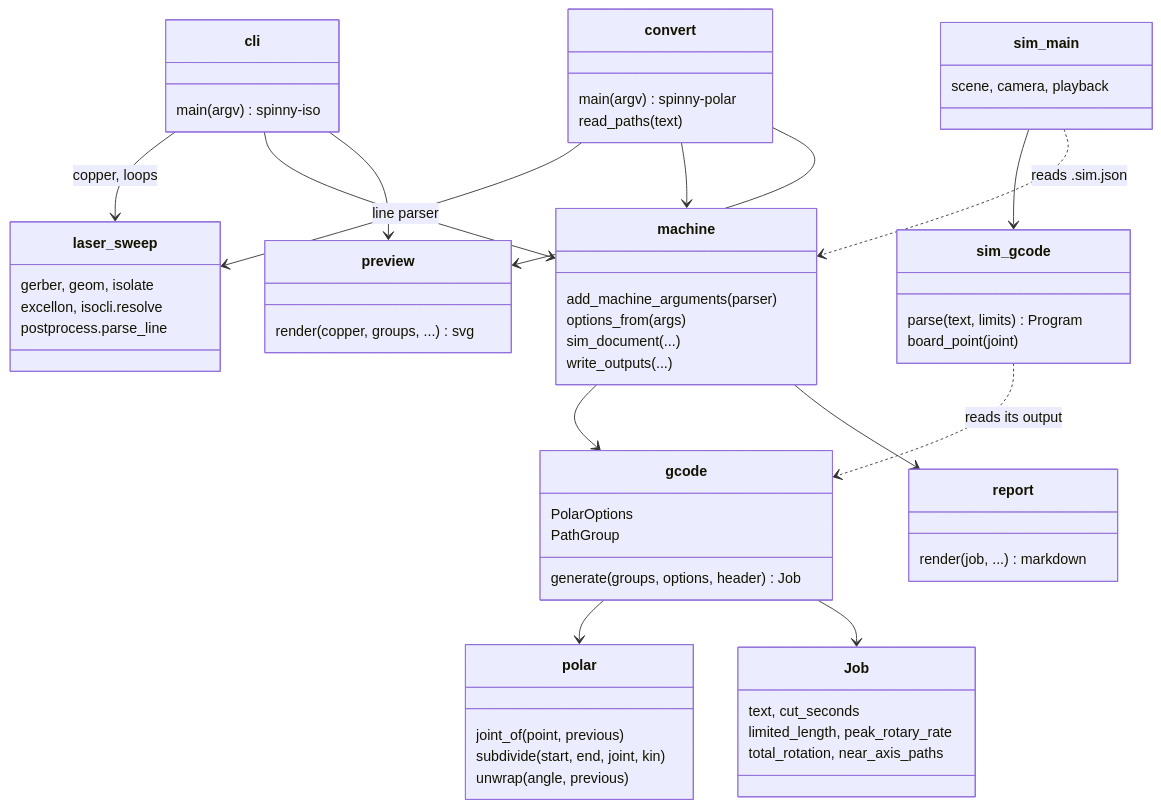
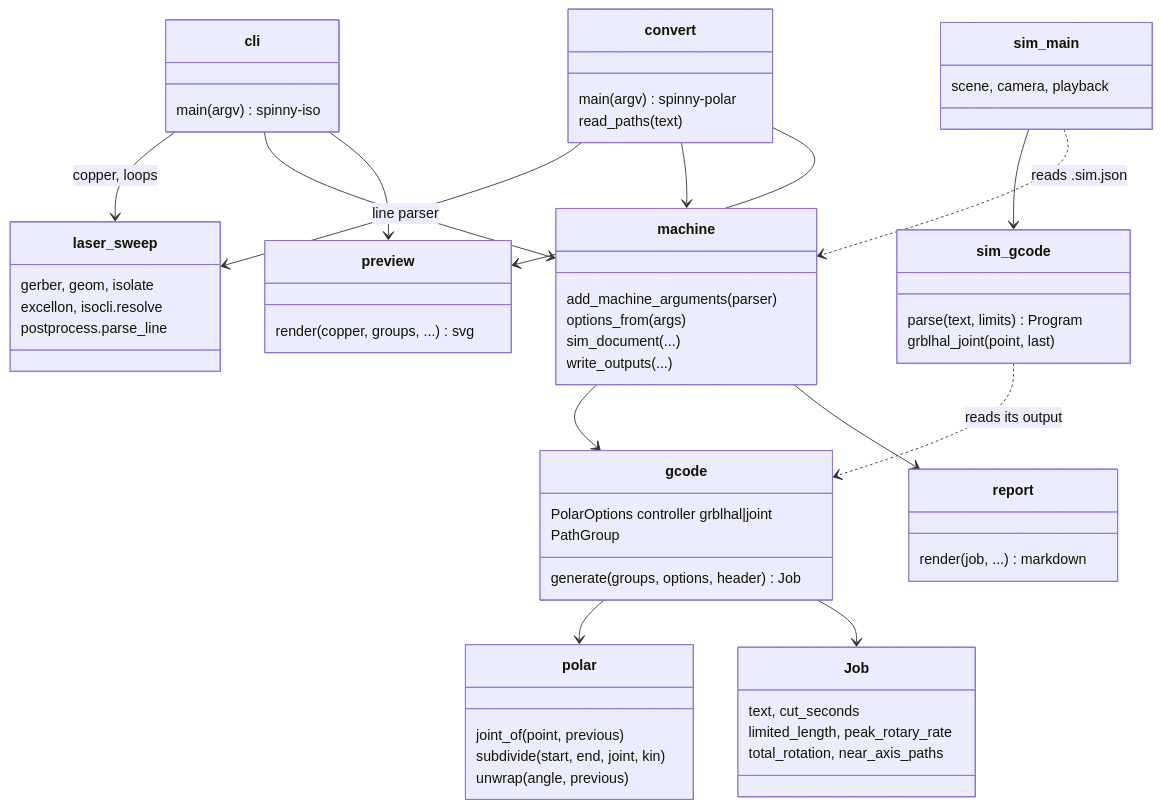
The diagram in README.md (tmpk13/spinny-cnc), drawn with Mermaid before and after one commit. The commit also changed other lines of this file and 10 other files, not shown here.

First line of the commit message:
Target grblHAL polar kinematics: board X/Y out, controller-side segmentation modelled

````diff
--- a/README.md
+++ b/README.md
@@ -99,63 +106,63 @@
 ```mermaid
 classDiagram
     class cli {
         main(argv)  spinny-iso
     }
     class convert {
         main(argv)  spinny-polar
         read_paths(text)
     }
     class machine {
         add_machine_arguments(parser)
         options_from(args)
         sim_document(...)
         write_outputs(...)
     }
     class polar {
         joint_of(point, previous)
         subdivide(start, end, joint, kin)
         unwrap(angle, previous)
     }
     class gcode {
-        PolarOptions
+        PolarOptions  controller grblhal|joint
         PathGroup
         generate(groups, options, header) Job
     }
     class Job {
         text, cut_seconds
         limited_length, peak_rotary_rate
         total_rotation, near_axis_paths
     }
     class preview {
         render(copper, groups, ...) svg
     }
     class report {
         render(job, ...) markdown
     }
     class laser_sweep {
         gerber, geom, isolate
         excellon, isocli.resolve
         postprocess.parse_line
     }
     class sim_gcode {
         parse(text, limits) Program
-        board_point(joint)
+        grblhal_joint(point, last)
     }
     class sim_main {
         scene, camera, playback
     }
 
     cli --> laser_sweep : copper, loops
     cli --> machine
     convert --> laser_sweep : line parser
     convert --> machine
     machine --> gcode
     machine --> report
     cli --> preview
     convert --> preview
     gcode --> polar
     gcode --> Job
     sim_main --> sim_gcode
     sim_gcode ..> gcode : reads its output
     sim_main ..> machine : reads .sim.json
 ```
````
